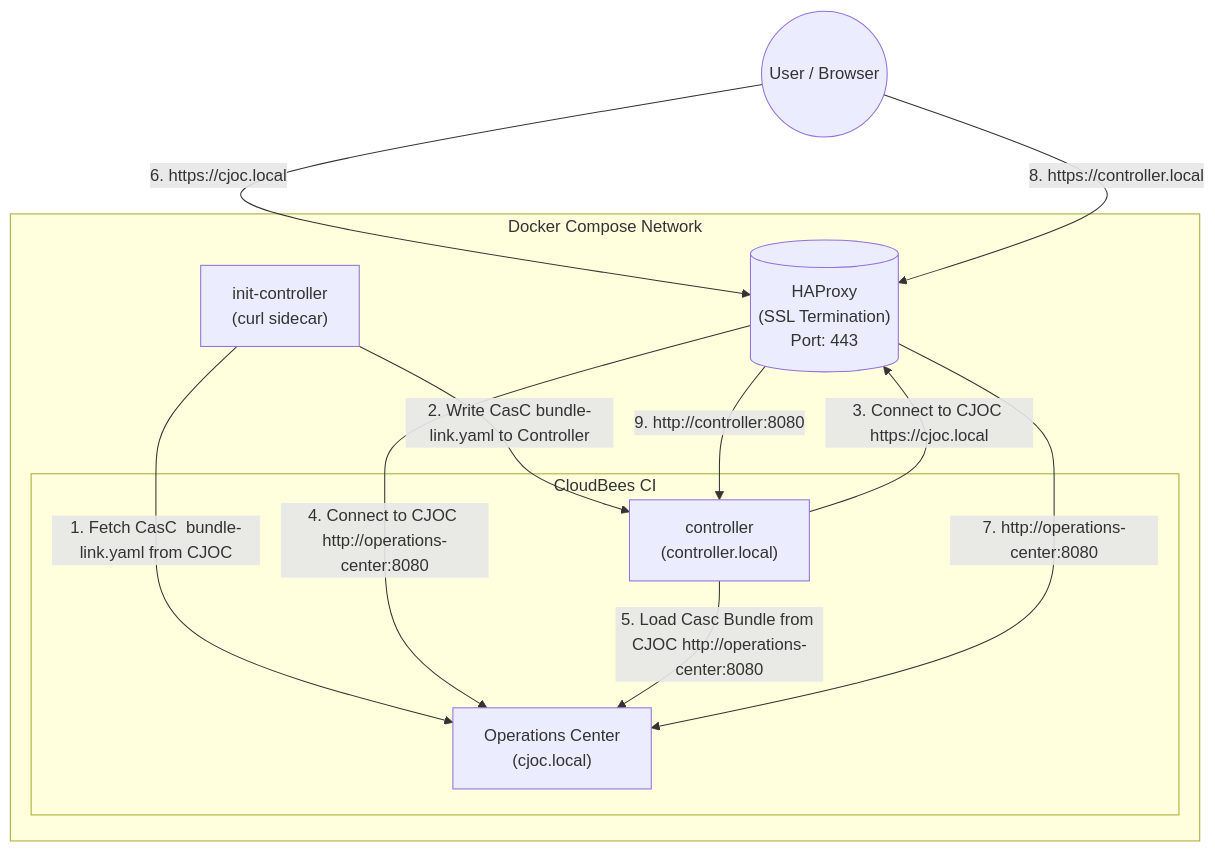
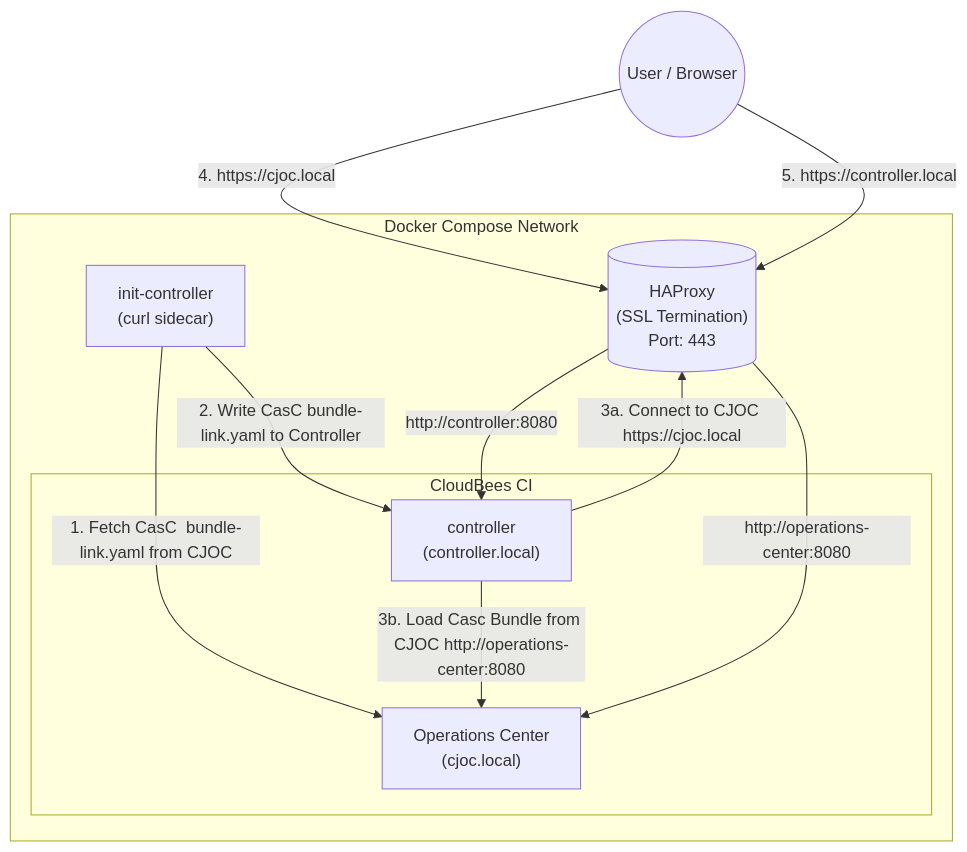
One commit to cb-ci/ci-traditional changed the diagram in README.md. Above: the diagram before and after it, drawn with Mermaid.

````diff
--- a/README.md
+++ b/README.md
@@ -12,27 +12,27 @@
 ```mermaid
 graph TD
     User((User / Browser))
     subgraph "Docker Compose Network"
         HAProxy[("HAProxy
         (SSL Termination)
         Port: 443")]
         
         subgraph "CloudBees CI"
             CJOC["Operations Center
             (cjoc.local)"]
             Controller["controller
             (controller.local)"]
         end
         
         Init["init-controller
         (curl sidecar)"]       
     end    
     
     Init -- "1. Fetch CasC  bundle-link.yaml from CJOC" --> CJOC
     Init -- "2. Write CasC bundle-link.yaml to Controller" --> Controller
-    Controller -- "3. Connect to CJOC https://cjoc.local" --> HAProxy -- "4. Connect to CJOC http://operations-center:8080" --> CJOC
-    Controller -- "5. Load Casc Bundle from CJOC http://operations-center:8080" --> CJOC
+    Controller -- "3a. Connect to CJOC https://cjoc.local" --> HAProxy
+    Controller -- "3b. Load Casc Bundle from CJOC http://operations-center:8080" --> CJOC
 
-    User -- "6. https://cjoc.local" --> HAProxy -- "7. http://operations-center:8080" --> CJOC
-    User -- "8. https://controller.local" --> HAProxy -- "9. http://controller:8080" --> Controller
+    User -- "4. https://cjoc.local" --> HAProxy -- "http://operations-center:8080" --> CJOC
+    User -- "5. https://controller.local" --> HAProxy -- "http://controller:8080" --> Controller
 ```
````
